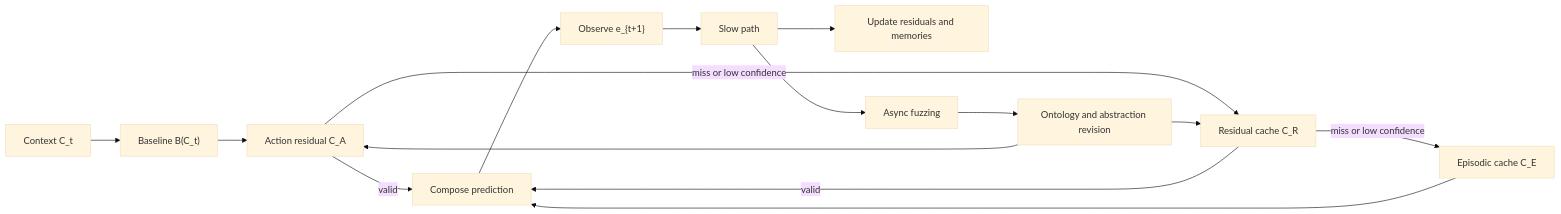
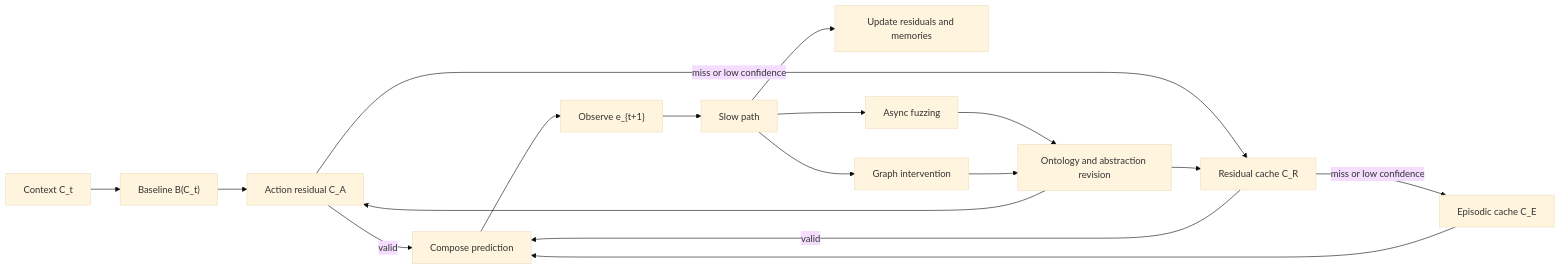
One commit to JuanHuaXu/eventframe-whitepaper changed the diagram in build/paper.md. Above: the diagram before and after it, drawn with Mermaid (base theme). The commit also changed other lines of this file and 12 other files, not shown here.

````diff
--- a/build/paper.md
+++ b/build/paper.md
@@ -619,17 +657,19 @@
 ```mermaid
 flowchart LR
     C["Context C_t"] --> B["Baseline B(C_t)"]
     B --> A["Action residual C_A"]
     A -->|valid| P["Compose prediction"]
     A -->|miss or low confidence| R["Residual cache C_R"]
     R -->|valid| P
     R -->|miss or low confidence| E["Episodic cache C_E"]
     E --> P
     P --> O["Observe e_{t+1}"]
     O --> S["Slow path"]
     S --> U["Update residuals and memories"]
     S --> F["Async fuzzing"]
+    S --> I["Graph intervention"]
     F --> G["Ontology and abstraction revision"]
+    I --> G
     G --> A
     G --> R
 ```
````
